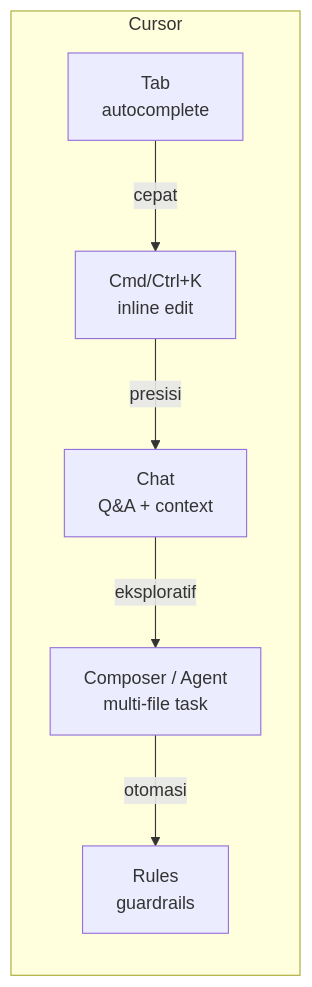
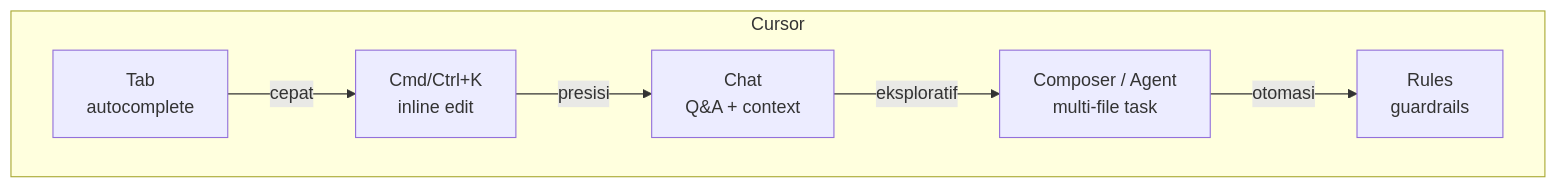
The first of 2 diagrams in Hari-1-Fundamental-DevNotes/Sesi-02-Getting-Started-Cursor/materi.md (githubna-ilham/AI_Cursor), drawn with Mermaid before and after one commit.

Commit message:
fix(sesi-02): paksa layout horizontal di diagram Kapabilitas Inti
Tambah `direction LR` di dalam subgraph supaya 5 node Tab/K/Chat/Composer/Rules
ditata kesamping. Tanpa ini, mermaid default ke vertical (TB) walau
flowchart luar sudah LR.

````diff
--- a/Hari-1-Fundamental-DevNotes/Sesi-02-Getting-Started-Cursor/materi.md
+++ b/Hari-1-Fundamental-DevNotes/Sesi-02-Getting-Started-Cursor/materi.md
@@ -42,11 +42,12 @@
 ```mermaid
 flowchart LR
     subgraph Cursor
+        direction LR
         T[Tab<br/>autocomplete]
         K[Cmd/Ctrl+K<br/>inline edit]
         C[Chat<br/>Q&A + context]
         A[Composer / Agent<br/>multi-file task]
         R[Rules<br/>guardrails]
     end
     T -->|cepat| K -->|presisi| C -->|eksploratif| A -->|otomasi| R
 ```
````
